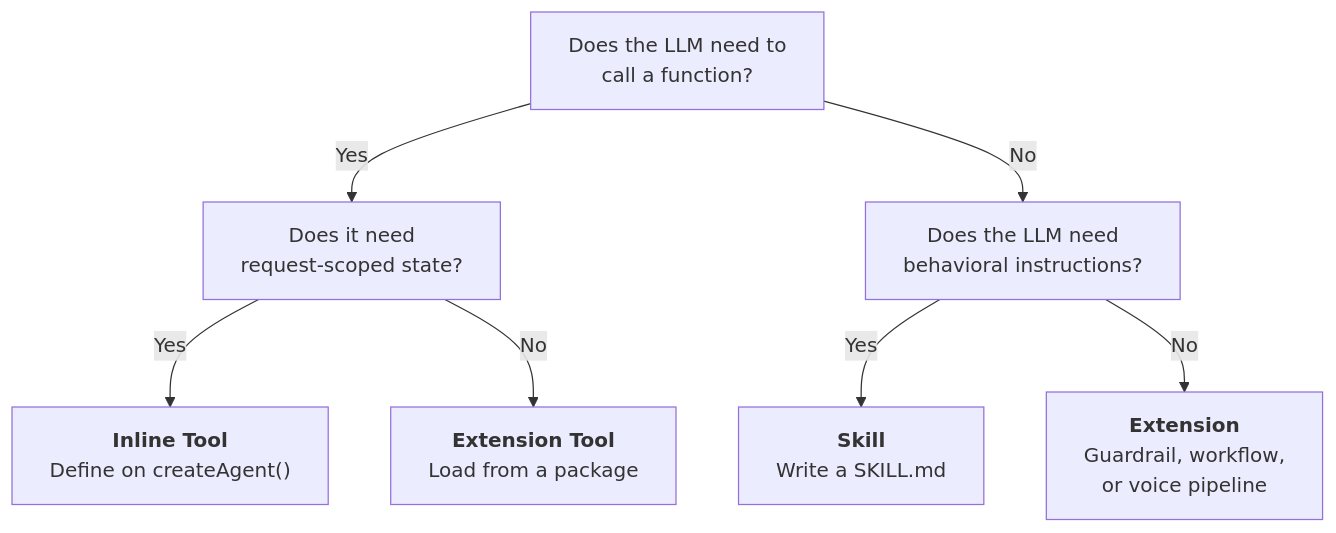
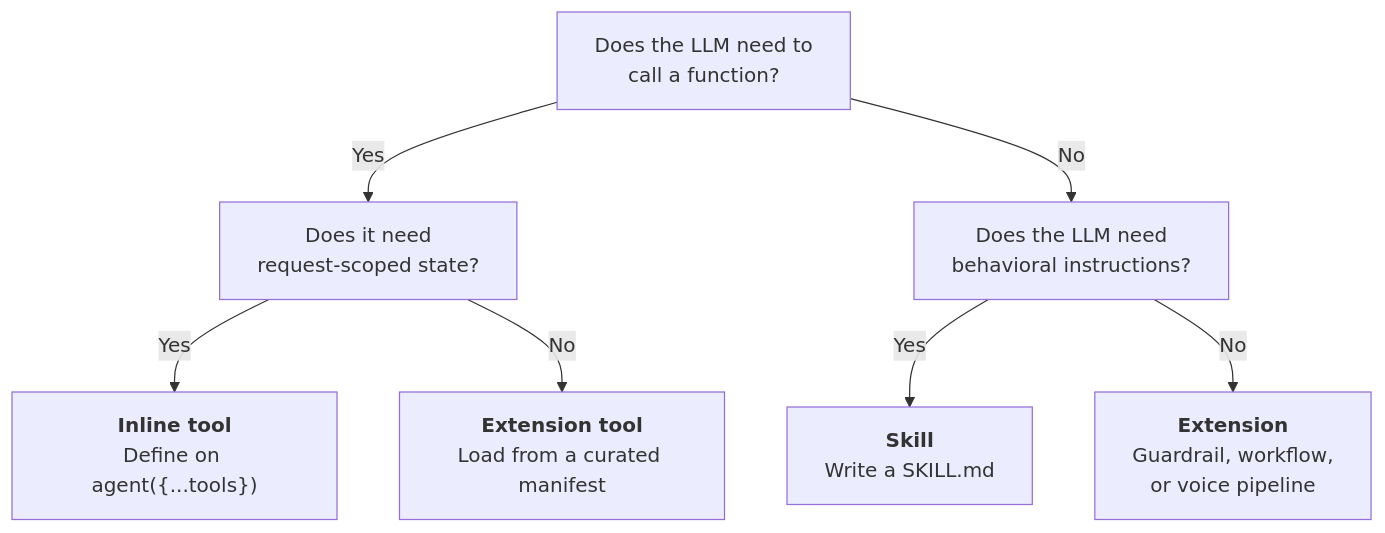
Before and after one commit to framersai/agentos-live-docs: the first of 2 diagrams in docs/architecture/skills-vs-tools-vs-extensions.md, drawn with Mermaid. The commit also changed other lines of this file, not shown here.

First line of the commit message:
docs: rewrite skills-vs-tools-vs-extensions in narrative voice

````diff
--- a/docs/architecture/skills-vs-tools-vs-extensions.md
+++ b/docs/architecture/skills-vs-tools-vs-extensions.md
@@ -19,9 +26,9 @@
 ```mermaid
 graph TD
     A["Does the LLM need to<br/>call a function?"] -->|Yes| B["Does it need<br/>request-scoped state?"]
     A -->|No| C["Does the LLM need<br/>behavioral instructions?"]
-    B -->|Yes| D["<b>Inline Tool</b><br/>Define on createAgent()"]
-    B -->|No| E["<b>Extension Tool</b><br/>Load from a package"]
+    B -->|Yes| D["<b>Inline tool</b><br/>Define on agent({...tools})"]
+    B -->|No| E["<b>Extension tool</b><br/>Load from a curated manifest"]
     C -->|Yes| F["<b>Skill</b><br/>Write a SKILL.md"]
     C -->|No| G["<b>Extension</b><br/>Guardrail, workflow,<br/>or voice pipeline"]
 ```
````
